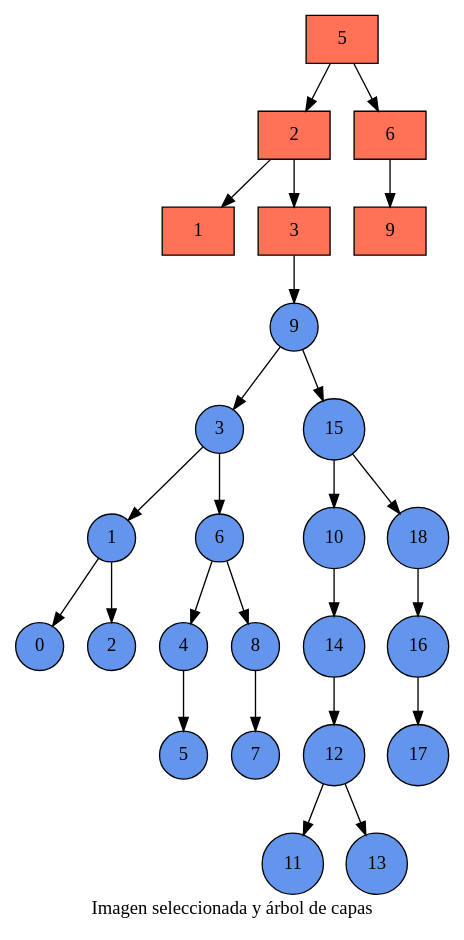
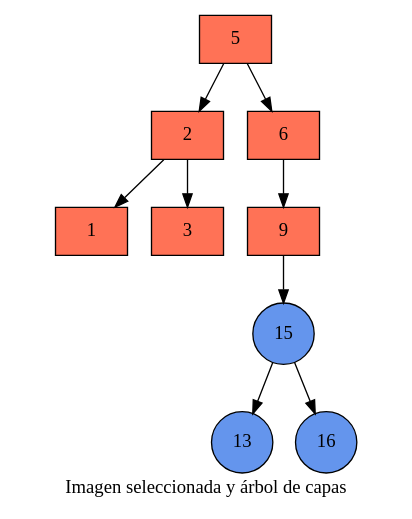
One commit to LuisaMariaO/EDD_UDRAWING_FASE_202003381 changed the diagram in Fase 2/Reportes de Usuario/4999062130101/ImagenyCapas.dot. Above: the diagram before and after it, drawn with Graphviz. The commit also changed 41 other files, not shown here.

```diff
--- a/Fase 2/Reportes de Usuario/4999062130101/ImagenyCapas.dot
+++ b/Fase 2/Reportes de Usuario/4999062130101/ImagenyCapas.dot
@@ -1,52 +1,20 @@
 digraph G {
 node[ style=filled, fillcolor=coral1, shape=box];
-label="Imagen seleccionada y árbol de capas"Nodo694249248[label="5"]
-Nodo994445984[label="2"]
-Nodo508087049[label="1"]
-Nodo1009968072[label="3"]
-Nodo1988575798[label="6"]
-Nodo574939416[label="9"]
-Nodo694249248->Nodo1988575798
-Nodo694249248->Nodo994445984
-Nodo994445984->Nodo1009968072
-Nodo994445984->Nodo508087049
-Nodo1009968072->Nodo1376959492
-Nodo1988575798->Nodo574939416
-Nodo1376959492[label="9" shape=circle fillcolor=cornflowerblue]
-Nodo1913465766[label="3" shape=circle fillcolor=cornflowerblue]
-Nodo1844497837[label="1" shape=circle fillcolor=cornflowerblue]
-Nodo2059550140[label="0" shape=circle fillcolor=cornflowerblue]
-Nodo1636399664[label="2" shape=circle fillcolor=cornflowerblue]
-Nodo717600365[label="6" shape=circle fillcolor=cornflowerblue]
-Nodo373669369[label="4" shape=circle fillcolor=cornflowerblue]
-Nodo1010245115[label="5" shape=circle fillcolor=cornflowerblue]
-Nodo2100533847[label="8" shape=circle fillcolor=cornflowerblue]
-Nodo1467213852[label="7" shape=circle fillcolor=cornflowerblue]
-Nodo1493872620[label="15" shape=circle fillcolor=cornflowerblue]
-Nodo224590037[label="10" shape=circle fillcolor=cornflowerblue]
-Nodo155116615[label="14" shape=circle fillcolor=cornflowerblue]
-Nodo1103482484[label="12" shape=circle fillcolor=cornflowerblue]
-Nodo1949026693[label="11" shape=circle fillcolor=cornflowerblue]
-Nodo1855267026[label="13" shape=circle fillcolor=cornflowerblue]
-Nodo921903495[label="18" shape=circle fillcolor=cornflowerblue]
-Nodo172562331[label="16" shape=circle fillcolor=cornflowerblue]
-Nodo1703993032[label="17" shape=circle fillcolor=cornflowerblue]
-Nodo1376959492->Nodo1493872620
-Nodo1376959492->Nodo1913465766
-Nodo1913465766->Nodo717600365
-Nodo1913465766->Nodo1844497837
-Nodo1844497837->Nodo1636399664
-Nodo1844497837->Nodo2059550140
-Nodo717600365->Nodo2100533847
-Nodo717600365->Nodo373669369
-Nodo373669369->Nodo1010245115
-Nodo2100533847->Nodo1467213852
-Nodo1493872620->Nodo921903495
-Nodo1493872620->Nodo224590037
-Nodo224590037->Nodo155116615
-Nodo155116615->Nodo1103482484
-Nodo1103482484->Nodo1855267026
-Nodo1103482484->Nodo1949026693
-Nodo921903495->Nodo172562331
-Nodo172562331->Nodo1703993032
+label="Imagen seleccionada y árbol de capas"Nodo205143308[label="5"]
+Nodo18829171[label="2"]
+Nodo144524505[label="1"]
+Nodo1435681082[label="3"]
+Nodo1970396512[label="6"]
+Nodo1033435757[label="9"]
+Nodo205143308->Nodo1970396512
+Nodo205143308->Nodo18829171
+Nodo18829171->Nodo1435681082
+Nodo18829171->Nodo144524505
+Nodo1970396512->Nodo1033435757
+Nodo1033435757->Nodo802943357
+Nodo802943357[label="15" shape=circle fillcolor=cornflowerblue]
+Nodo1255493195[label="13" shape=circle fillcolor=cornflowerblue]
+Nodo1604641010[label="16" shape=circle fillcolor=cornflowerblue]
+Nodo802943357->Nodo1604641010
+Nodo802943357->Nodo1255493195
 }
```
